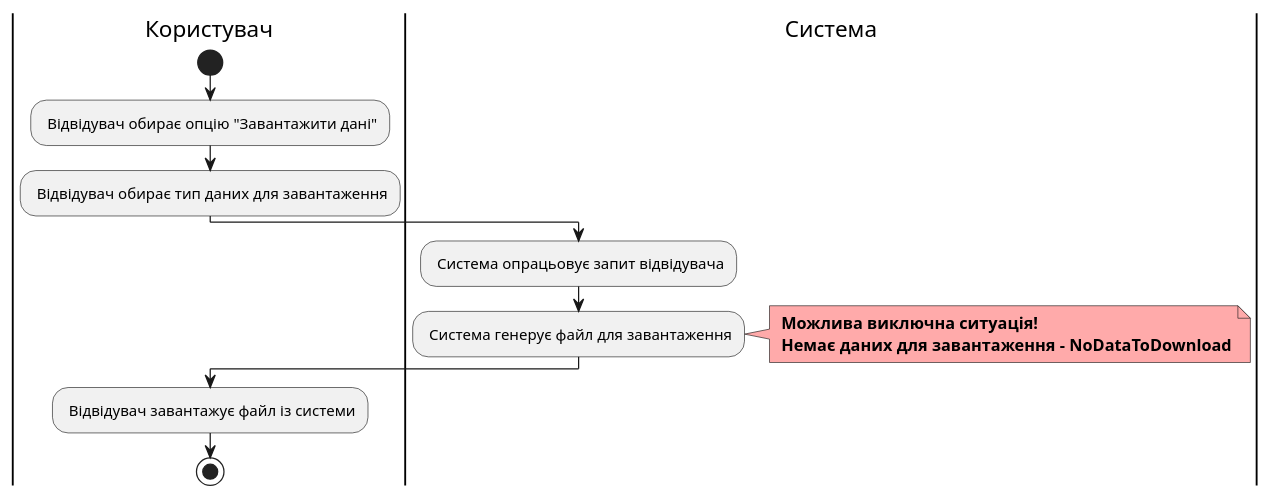
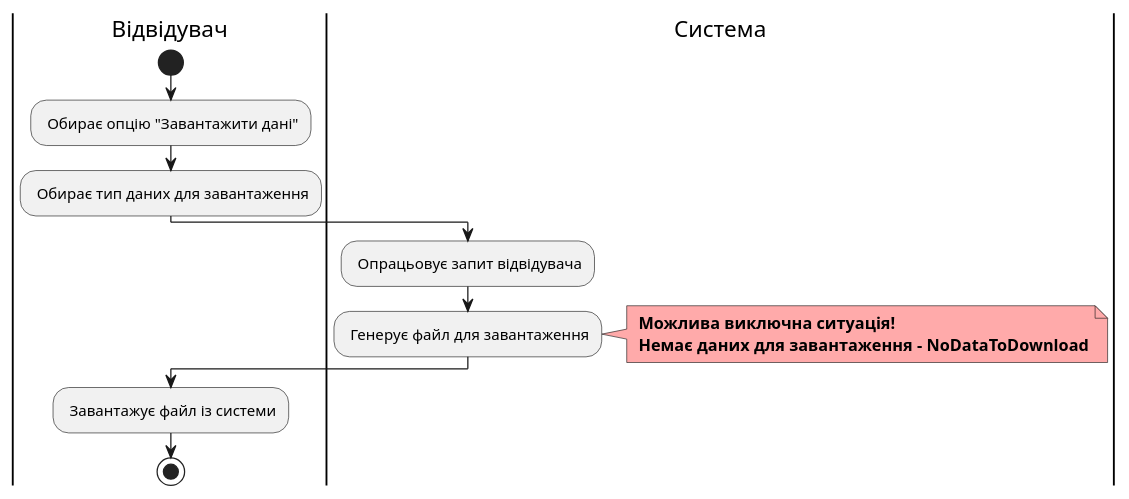
The sixth of 17 diagrams in docs/use cases/README.md (watashone/db-labs), drawn with PlantUML before and after one commit. The commit also changed other lines of this file, not shown here.

````diff
--- a/docs/use cases/README.md
+++ b/docs/use cases/README.md
@@ -188,18 +188,18 @@
 ```plantuml
 @startuml
-|Користувач|
-start
-: Відвідувач обирає опцію "Завантажити дані";
-: Відвідувач обирає тип даних для завантаження;
-|Система|
-: Система опрацьовує запит відвідувача;
-: Система генерує файл для завантаження;
-note right #ffaaaa
-<b> Можлива виключна ситуація! 
-<b> Немає даних для завантаження - NoDataToDownload
-end note
-|Користувач|
-: Відвідувач завантажує файл із системи;
-stop
+    |Відвідувач|
+        start
+        : Обирає опцію "Завантажити дані";
+        : Обирає тип даних для завантаження;
+    |Система|
+        : Опрацьовує запит відвідувача;
+        : Генерує файл для завантаження;
+        note right #ffaaaa
+        <b> Можлива виключна ситуація! 
+        <b> Немає даних для завантаження - NoDataToDownload
+        end note
+    |Відвідувач|
+        : Завантажує файл із системи;
+        stop
 @enduml
 ```
````
